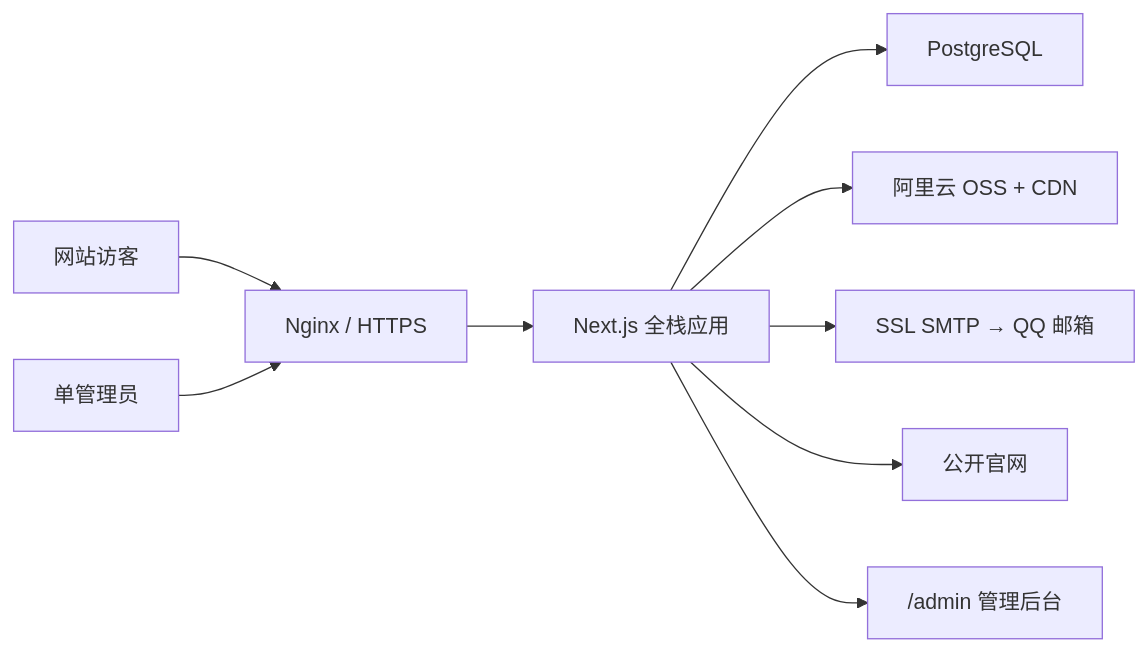
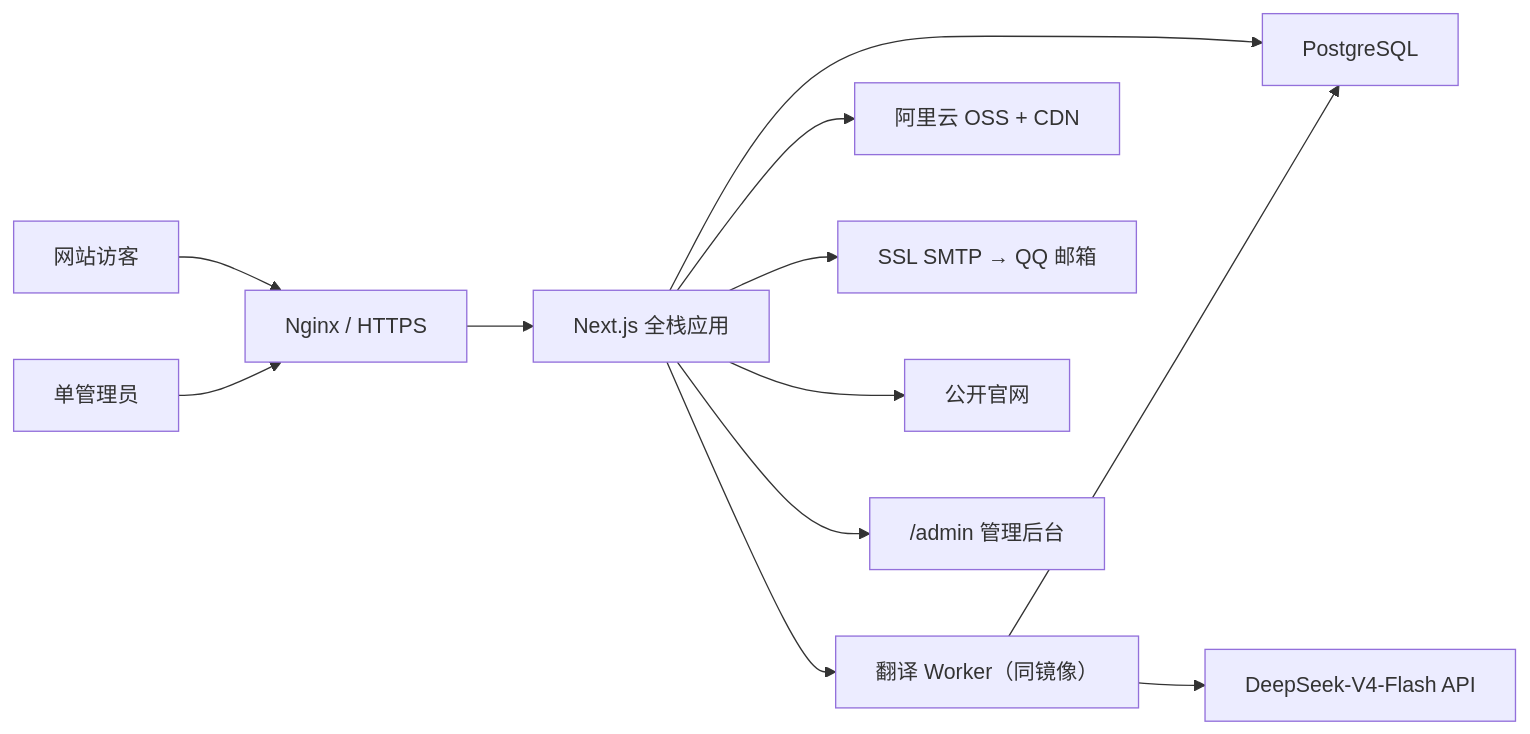
One commit to mingle216/AI-WebProject changed the diagram in docs/superpowers/specs/2026-08-19-rongelec-fullstack-website-design.md. Above: the diagram before and after it, drawn with Mermaid. The commit also changed other lines of this file and 2 other files, not shown here.

Commit message:
docs: add DeepSeek translation workflow

````diff
--- a/docs/superpowers/specs/2026-08-19-rongelec-fullstack-website-design.md
+++ b/docs/superpowers/specs/2026-08-19-rongelec-fullstack-website-design.md
@@ -68,11 +70,14 @@
 ```mermaid
 flowchart LR
     V["网站访客"] --> N["Nginx / HTTPS"]
     A["单管理员"] --> N
     N --> W["Next.js 全栈应用"]
     W --> P["PostgreSQL"]
+    W --> T["翻译 Worker（同镜像）"]
+    T --> P
+    T --> D["DeepSeek-V4-Flash API"]
     W --> O["阿里云 OSS + CDN"]
     W --> M["SSL SMTP → QQ 邮箱"]
     W --> S["公开官网"]
     W --> B["/admin 管理后台"]
 ```
````
